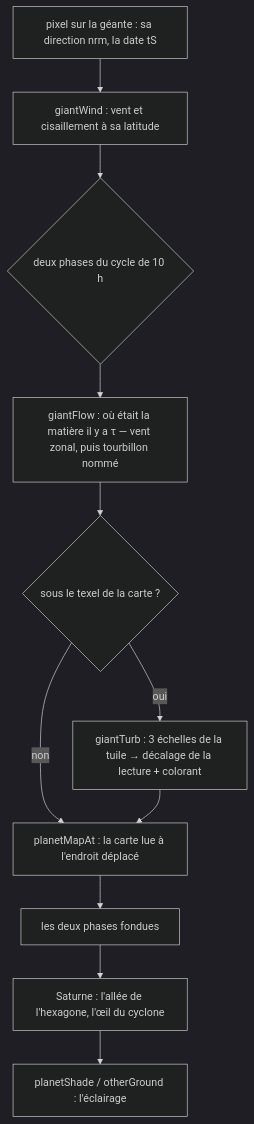
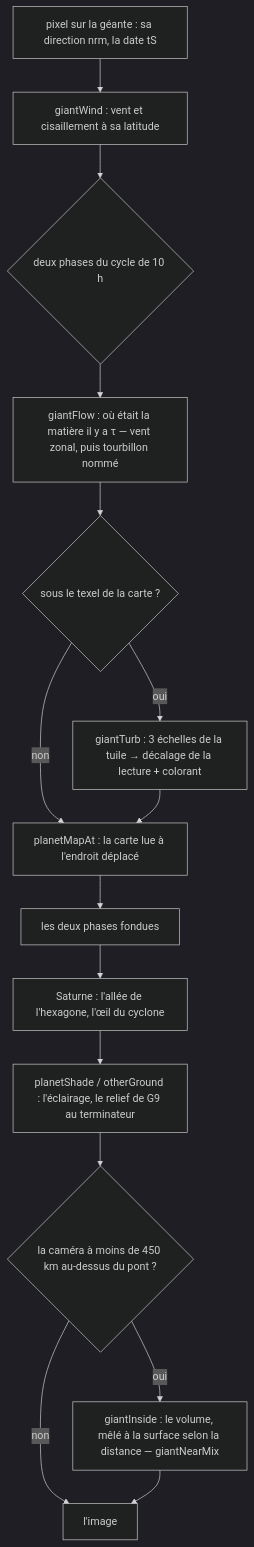
Before and after one commit to TheSamLePirate/black-hole-gpu: the diagram in docs/GEANTES-GAZEUSES.md, drawn with Mermaid (dark theme). The commit also changed other lines of this file and 1 other file, not shown here.

Commit message:
docs : GEANTES-GAZEUSES.md à jour (G9, l'air, le volume, les éclairs, la continuité avec G9, le jeu, la caméra libre ; coûts, limites, décisions en attente, tests) ; PLAN-PLANETES-AAA : le statut de chaque phase, ce qui reste en P10

````diff
--- a/docs/GEANTES-GAZEUSES.md
+++ b/docs/GEANTES-GAZEUSES.md
@@ -112,13 +149,17 @@
 ```mermaid
 flowchart TD
   P[pixel sur la géante : sa direction nrm, la date tS] --> W[giantWind : vent et cisaillement à sa latitude]
   W --> J{deux phases du cycle de 10 h}
   J --> F[giantFlow : où était la matière il y a τ — vent zonal, puis tourbillon nommé]
   F --> T{sous le texel de la carte ?}
   T -- oui --> G[giantTurb : 3 échelles de la tuile → décalage de la lecture + colorant]
   T -- non --> M
   G --> M[planetMapAt : la carte lue à l'endroit déplacé]
   M --> B[les deux phases fondues]
   B --> H[Saturne : l'allée de l'hexagone, l'œil du cyclone]
-  H --> S[planetShade / otherGround : l'éclairage]
+  H --> S[planetShade / otherGround : l'éclairage, le relief de G9 au terminateur]
+  S --> V{la caméra à moins de 450 km au-dessus du pont ?}
+  V -- oui --> X[giantInside : le volume, mêlé à la surface selon la distance — giantNearMix]
+  V -- non --> Z[l'image]
+  X --> Z
 ```
````
